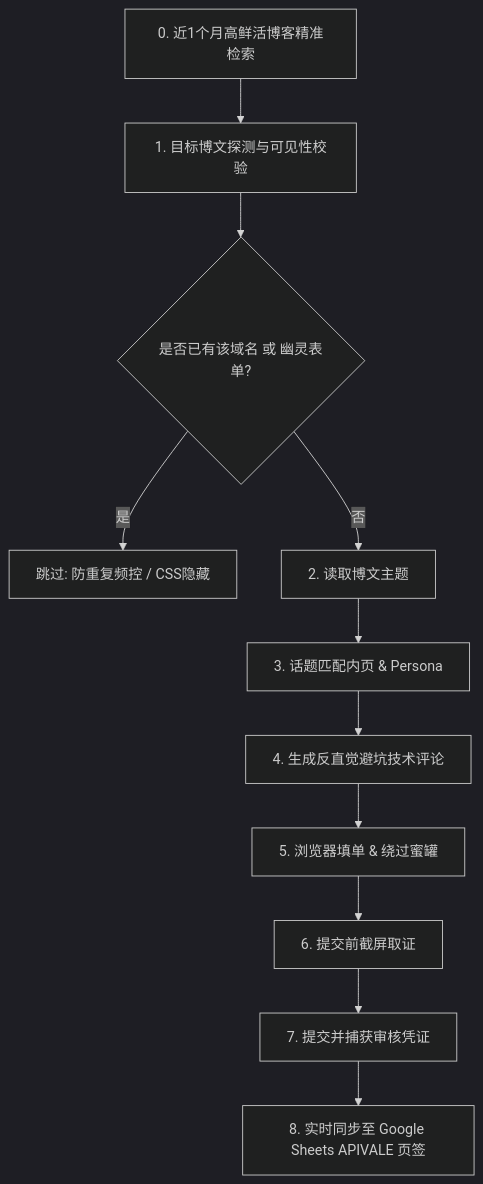
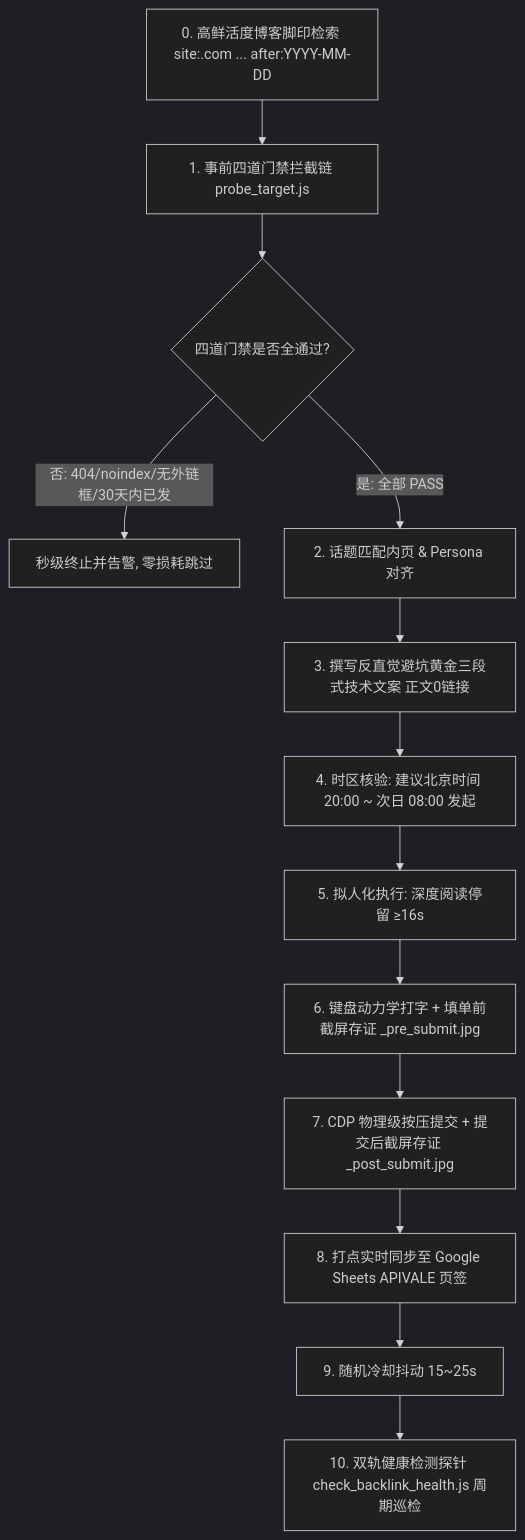
The diagram in .agents/skills/apivale-comment-outreach/SKILL.md (bshx2024/codexlink), drawn with Mermaid (dark theme) before and after one commit. The commit also changed other lines of this file and 12 other files, not shown here.

Commit message:
refactor(outreach): upgrade 4-gate pre-flight filters and headless WAF-bypass health probe

````diff
--- a/.agents/skills/apivale-comment-outreach/SKILL.md
+++ b/.agents/skills/apivale-comment-outreach/SKILL.md
@@ -87,13 +71,15 @@
 ```mermaid
 flowchart TD
-    A0[0. 近1个月高鲜活博客精准检索] --> A[1. 目标博文探测与可见性校验]
-    A --> B{是否已有该域名 或 幽灵表单?}
-    B -- 是 --> C[跳过: 防重复频控 / CSS隐藏]
-    B -- 否 --> D[2. 读取博文主题]
-    D --> E[3. 话题匹配内页 & Persona]
-    E --> F[4. 生成反直觉避坑技术评论]
-    F --> G[5. 浏览器填单 & 绕过蜜罐]
-    G --> H[6. 提交前截屏取证]
-    H --> I[7. 提交并捕获审核凭证]
-    I --> J[8. 实时同步至 Google Sheets APIVALE 页签]
+    A0[0. 高鲜活度博客脚印检索 site:.com ... after:YYYY-MM-DD] --> A[1. 事前四道门禁拦截链 probe_target.js]
+    A --> B{四道门禁是否全通过?}
+    B -- 否: 404/noindex/无外链框/30天内已发 --> C[秒级终止并告警, 零损耗跳过]
+    B -- 是: 全部 PASS --> D[2. 话题匹配内页 & Persona 对齐]
+    D --> E[3. 撰写反直觉避坑黄金三段式技术文案 正文0链接]
+    E --> F[4. 时区核验: 建议北京时间 20:00 ~ 次日 08:00 发起]
+    F --> G[5. 拟人化执行: 深度阅读停留 ≥16s]
+    G --> H[6. 键盘动力学打字 + 填单前截屏存证 _pre_submit.jpg]
+    H --> I[7. CDP 物理级按压提交 + 提交后截屏存证 _post_submit.jpg]
+    I --> J[8. 打点实时同步至 Google Sheets APIVALE 页签]
+    J --> K[9. 随机冷却抖动 15~25s]
+    K --> L[10. 双轨健康检测探针 check_backlink_health.js 周期巡检]
 ```
````
